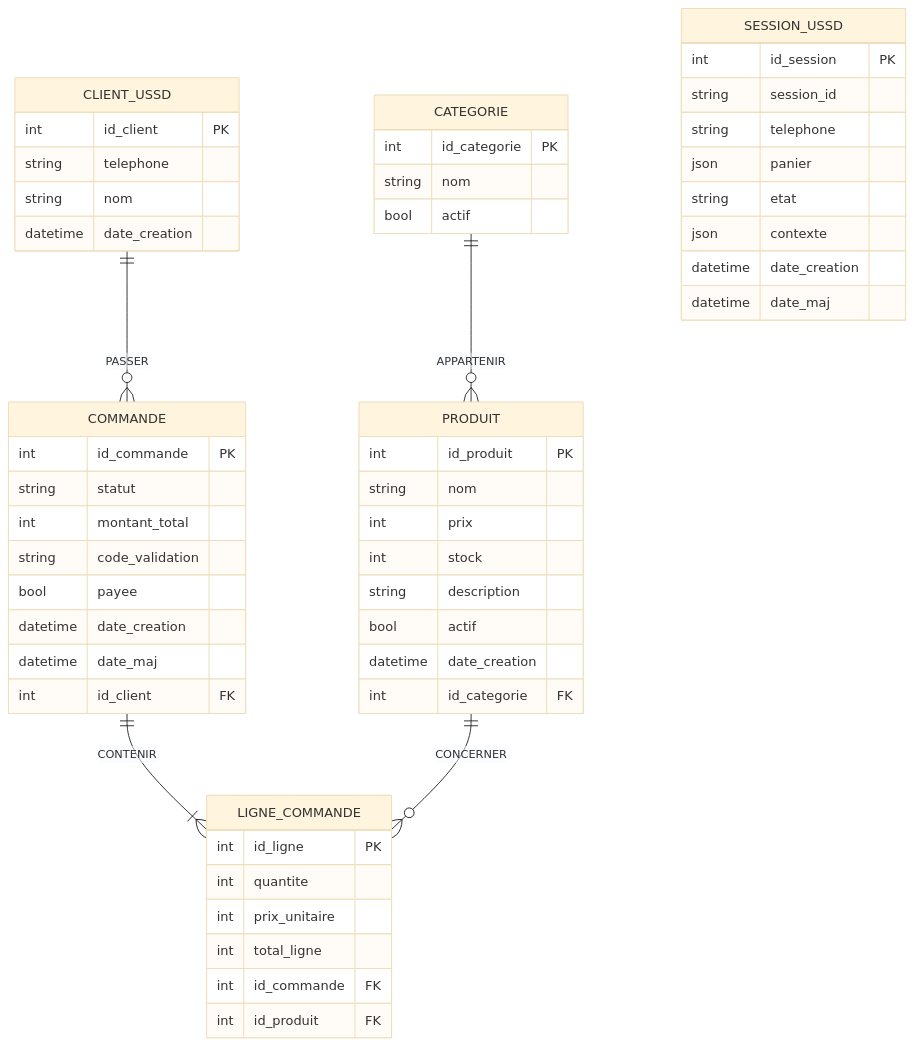
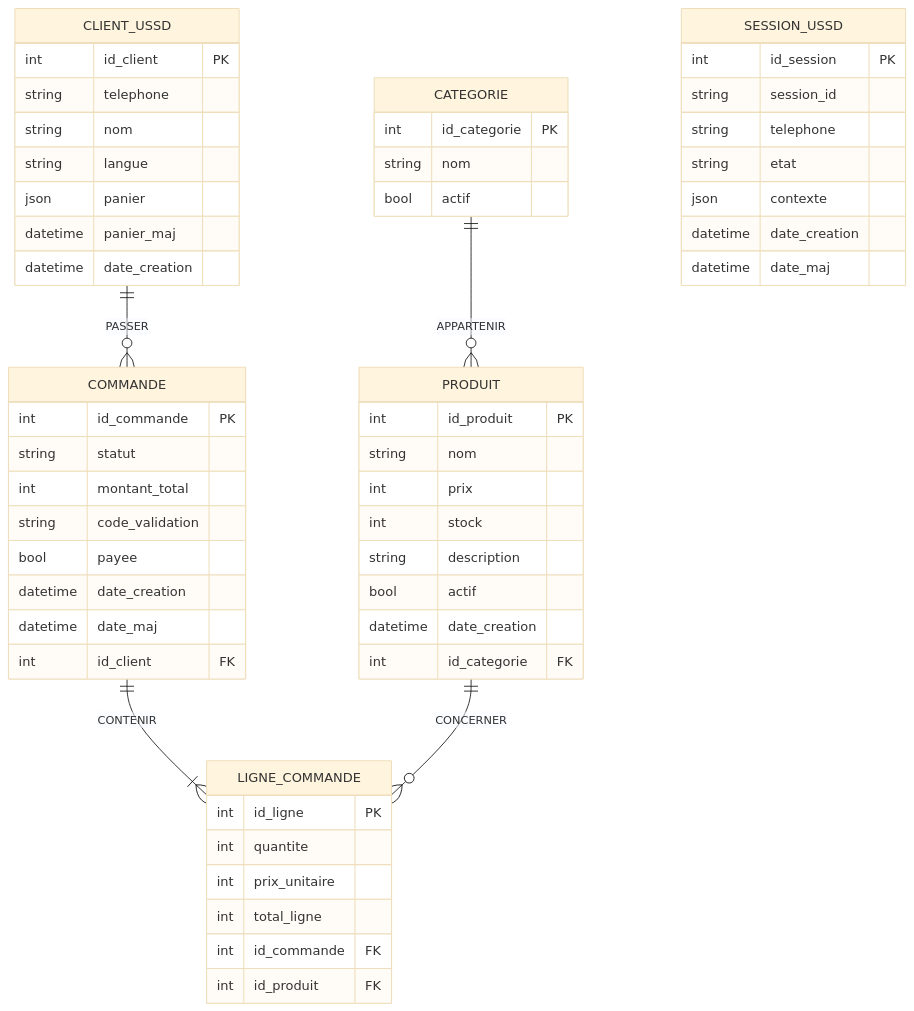
Before and after one commit to Fabrice62-pr/e-commerce_ussd: the fourth of 5 diagrams in docs/Diagramme.md, drawn with Mermaid (base theme). The commit also changed other lines of this file and 11 other files, not shown here.

````diff
--- a/docs/Diagramme.md
+++ b/docs/Diagramme.md
@@ -333,57 +340,59 @@
 ```mermaid
 erDiagram
     CATEGORIE  ||--o{ PRODUIT        : "APPARTENIR"
     CLIENT_USSD ||--o{ COMMANDE      : "PASSER"
     COMMANDE   ||--|{ LIGNE_COMMANDE : "CONTENIR"
     PRODUIT    ||--o{ LIGNE_COMMANDE : "CONCERNER"
 
     CATEGORIE {
         int id_categorie PK
         string nom
         bool actif
     }
     PRODUIT {
         int id_produit PK
         string nom
         int prix
         int stock
         string description
         bool actif
         datetime date_creation
         int id_categorie FK
     }
     CLIENT_USSD {
         int id_client PK
         string telephone
         string nom
+        string langue
+        json panier
+        datetime panier_maj
         datetime date_creation
     }
     COMMANDE {
         int id_commande PK
         string statut
         int montant_total
         string code_validation
         bool payee
         datetime date_creation
         datetime date_maj
         int id_client FK
     }
     LIGNE_COMMANDE {
         int id_ligne PK
         int quantite
         int prix_unitaire
         int total_ligne
         int id_commande FK
         int id_produit FK
     }
     SESSION_USSD {
         int id_session PK
         string session_id
         string telephone
-        json panier
         string etat
         json contexte
         datetime date_creation
         datetime date_maj
     }
 ```
````
